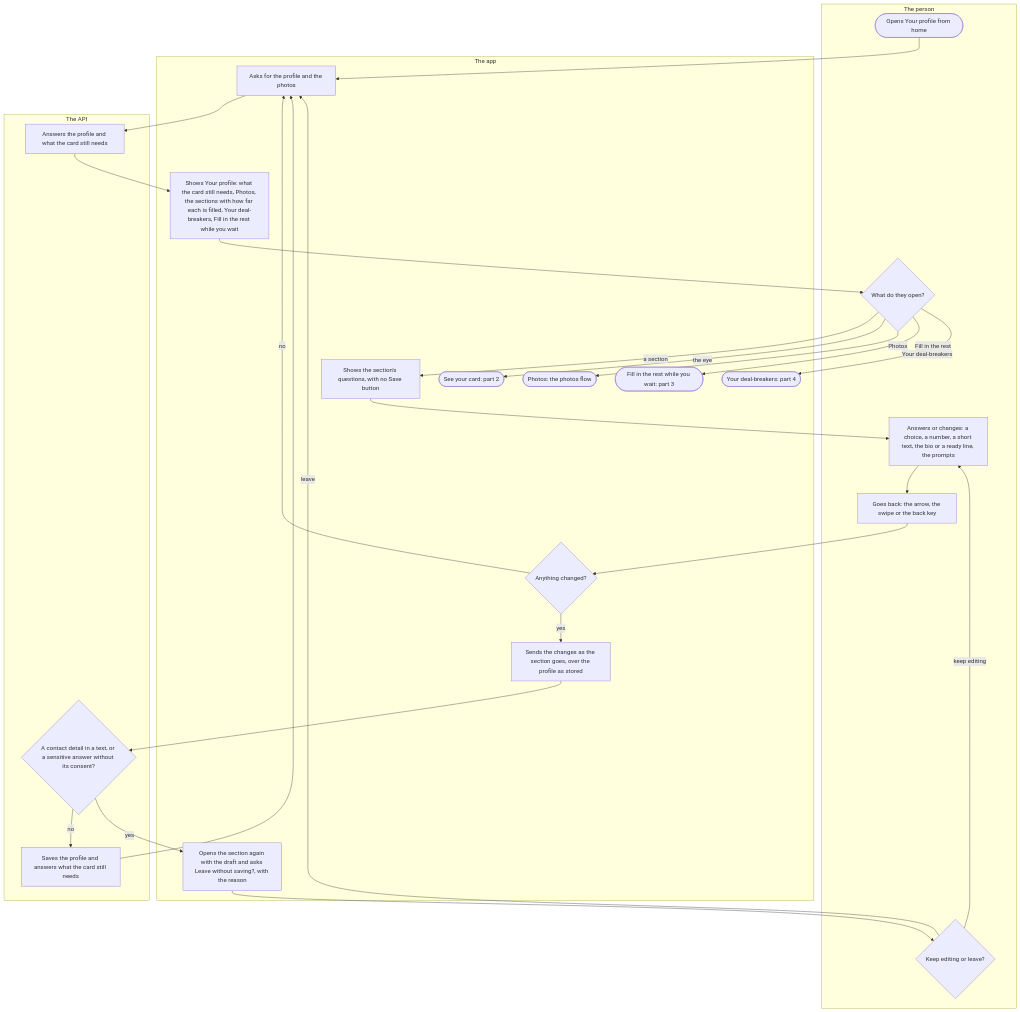
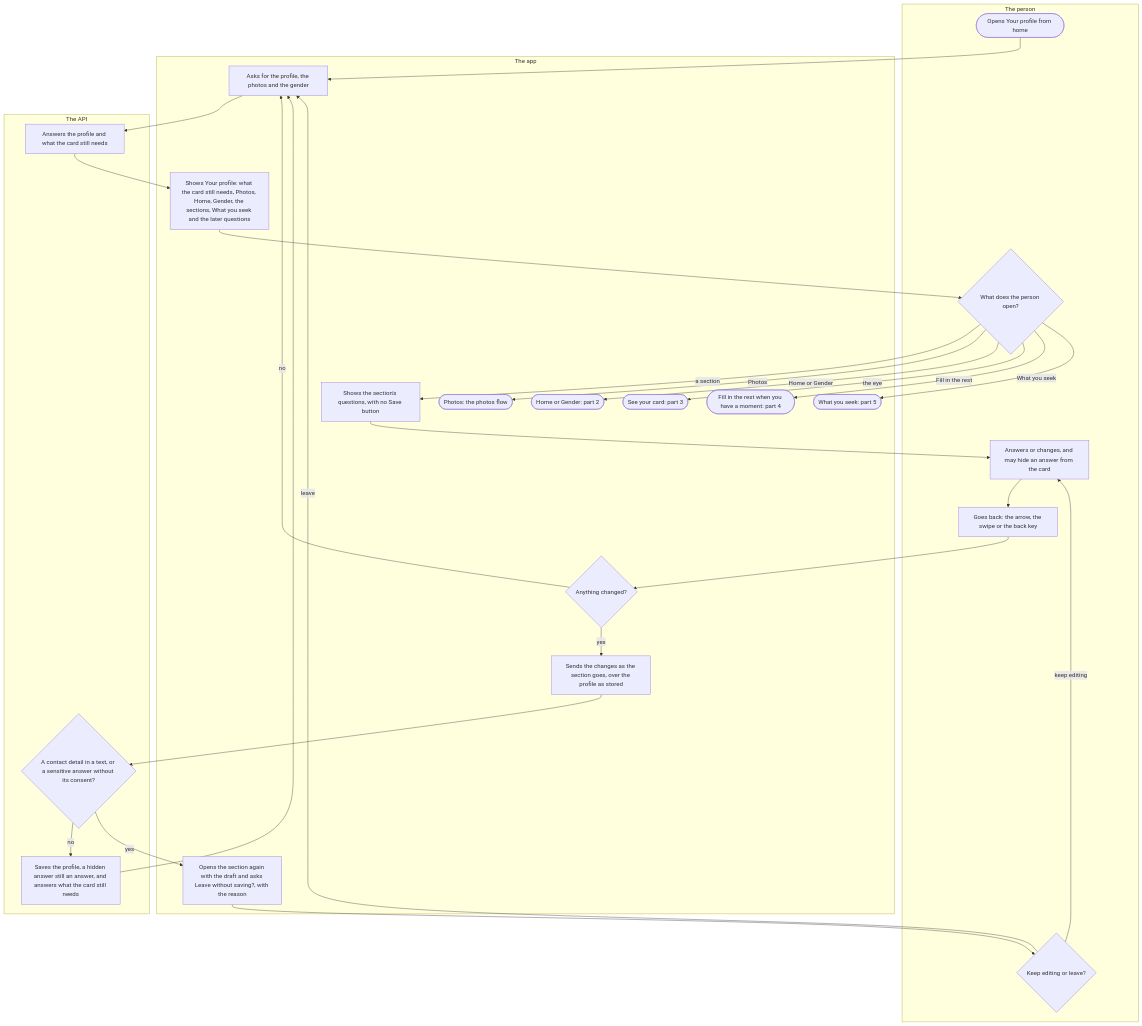
The first of 7 diagrams in docs/flows/profile.md (kuutti-ry/kuutti-app), drawn with Mermaid before and after one commit. The commit also changed other lines of this file and 41 other files, not shown here.

First line of the commit message:
Redraw the user flows against today's main, held by check:docs

````diff
--- a/docs/flows/profile.md
+++ b/docs/flows/profile.md
@@ -7,42 +37,52 @@
 ```mermaid
 flowchart TB
   accTitle: The profile and a section
-  accDescr: The person opens their profile, a list of its parts with how far each is filled. A section is its own screen with no Save button: going back saves what changed, and a refusal brings the section back with the reason and asks before leaving without saving.
+  accDescr: The person opens their profile, a list of its parts with how far each is filled. A section is its own screen with no Save button, where an answer can also be kept off the card. Going back saves what changed, and a refusal brings the section back with the reason and asks before leaving without saving.
   subgraph person["The person"]
     s1(["Opens Your profile from home"])
-    s5{"What do they open?"}
-    s7["Answers or changes: a choice, a number, a short text, the bio or a ready line, the prompts"]
+    s5{"What does the person open?"}
+    s7["Answers or changes, and may hide an answer from the card"]
     s8["Goes back: the arrow, the swipe or the back key"]
     s14{"Keep editing or leave?"}
   end
   subgraph app["The app"]
-    s2["Asks for the profile and the photos"]
-    s4["Shows Your profile: what the card still needs, Photos, the sections with how far each is filled, Your deal-breakers, Fill in the rest while you wait"]
+    s2["Asks for the profile, the photos and the gender"]
+    s4["Shows Your profile: what the card still needs, Photos, Home, Gender, the sections, What you seek and the later questions"]
     s6["Shows the section's questions, with no Save button"]
     s9{"Anything changed?"}
     s10["Sends the changes as the section goes, over the profile as stored"]
     s13["Opens the section again with the draft and asks Leave without saving?, with the reason"]
-    s15(["See your card: part 2"])
-    s16(["Photos: the photos flow"])
-    s17(["Fill in the rest while you wait: part 3"])
-    s18(["Your deal-breakers: part 4"])
+    s15(["Photos: the photos flow"])
+    s16(["Home or Gender: part 2"])
+    s17(["See your card: part 3"])
+    s18(["Fill in the rest when you have a moment: part 4"])
+    s19(["What you seek: part 5"])
   end
   subgraph api["The API"]
     s3["Answers the profile and what the card still needs"]
     s11{"A contact detail in a text, or a sensitive answer without its consent?"}
-    s12["Saves the profile and answers what the card still needs"]
+    s12["Saves the profile, a hidden answer still an answer, and answers what the card still needs"]
   end
-  s1 --> s2 --> s3 --> s4 --> s5
+  s1 --> s2
+  s2 --> s3
+  s3 --> s4
+  s4 --> s5
   s5 -->|"a section"| s6
-  s5 -->|"the eye"| s15
-  s5 -->|"Photos"| s16
-  s5 -->|"Fill in the rest"| s17
-  s5 -->|"Your deal-breakers"| s18
-  s6 --> s7 --> s8 --> s9
+  s5 -->|"Photos"| s15
+  s5 -->|"Home or Gender"| s16
+  s5 -->|"the eye"| s17
+  s5 -->|"Fill in the rest"| s18
+  s5 -->|"What you seek"| s19
+  s6 --> s7
+  s7 --> s8
+  s8 --> s9
   s9 -->|"no"| s2
-  s9 -->|"yes"| s10 --> s11
-  s11 -->|"no"| s12 --> s2
-  s11 -->|"yes"| s13 --> s14
+  s9 -->|"yes"| s10
+  s10 --> s11
+  s11 -->|"no"| s12
+  s12 --> s2
+  s11 -->|"yes"| s13
+  s13 --> s14
   s14 -->|"keep editing"| s7
   s14 -->|"leave"| s2
 ```
````
